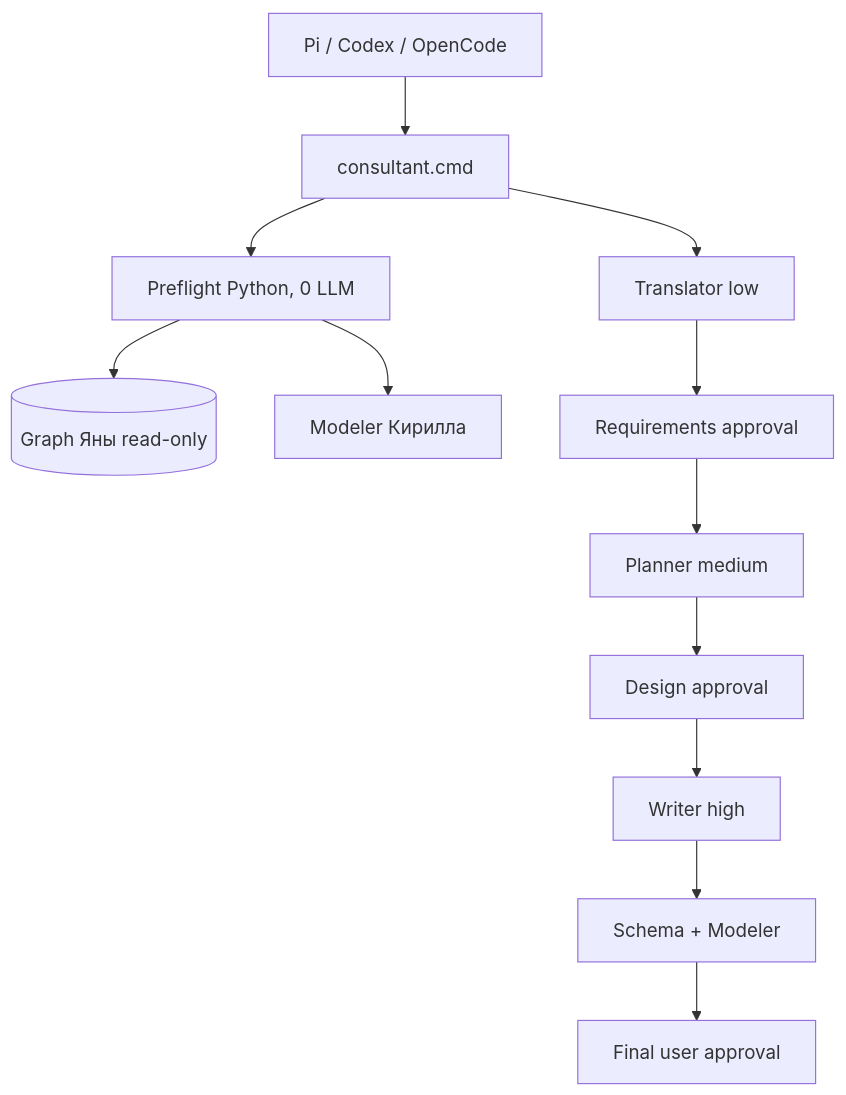
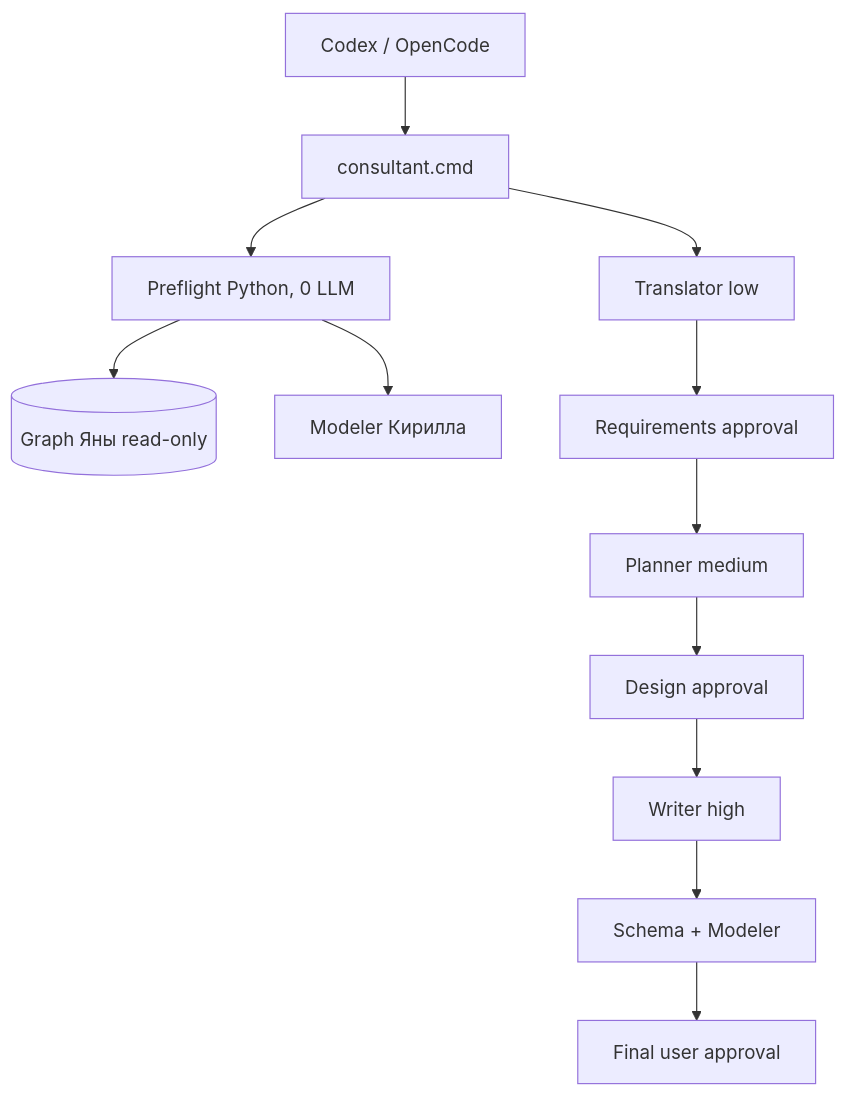
Before and after one commit to ilnurcode/Modelirovanie: the diagram in docs/integration-map.md, drawn with Mermaid. The commit also changed other lines of this file and 34 other files, not shown here.

````diff
--- a/docs/integration-map.md
+++ b/docs/integration-map.md
@@ -15,14 +15,14 @@
 ```mermaid
 flowchart TD
-    I[Pi / Codex / OpenCode] --> C[consultant.cmd]
+    I[Codex / OpenCode] --> C[consultant.cmd]
     C --> P[Preflight Python, 0 LLM]
     P --> G[(Graph Яны read-only)]
     P --> M[Modeler Кирилла]
     C --> L[Translator low]
     L --> AR[Requirements approval]
     AR --> PM[Planner medium]
     PM --> AD[Design approval]
     AD --> W[Writer high]
     W --> V[Schema + Modeler]
     V --> AF[Final user approval]
 ```
````
